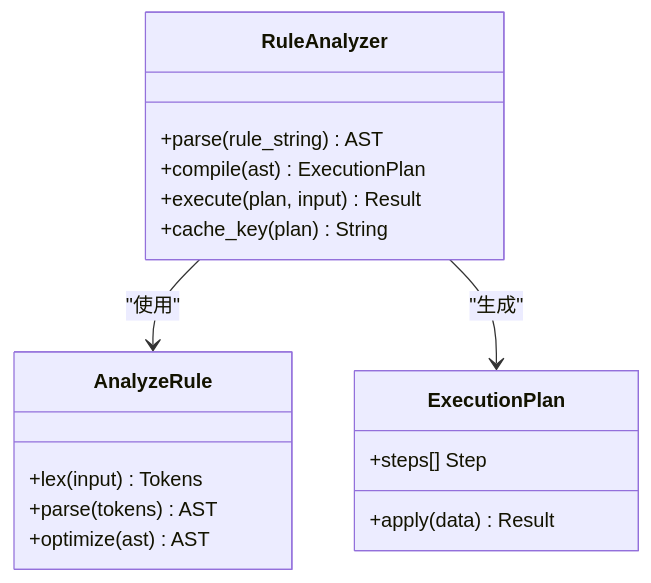
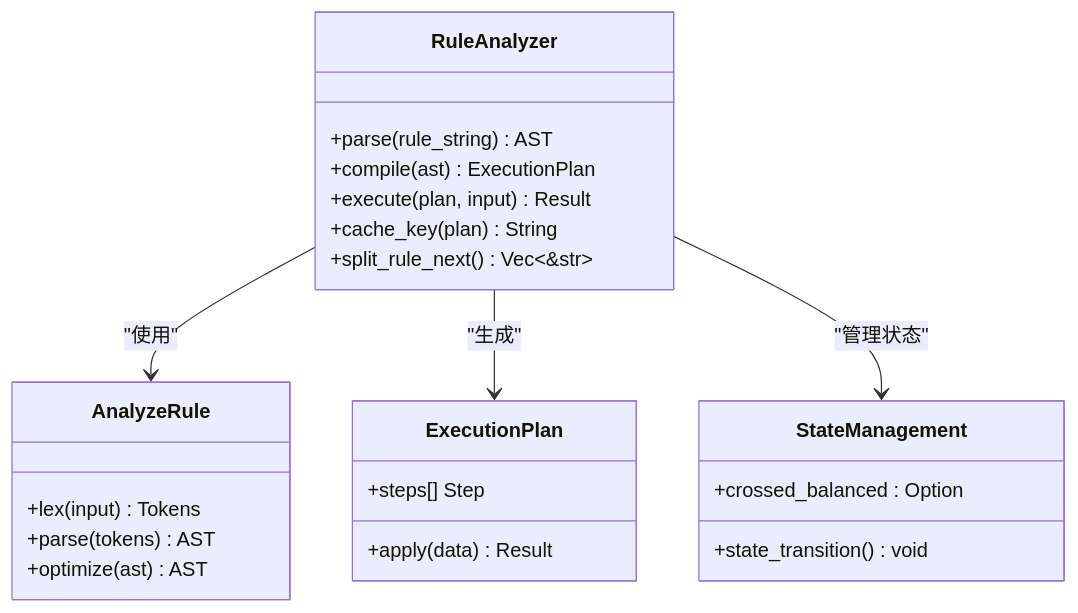
Before and after one commit to ZhangGHGitHub/LegadoTeamFlutter: the third of 8 diagrams in .qoder/repowiki/zh/content/Rust核心库/解析引擎/解析引擎.md, drawn with Mermaid. The commit also changed other lines of this file and 173 other files, not shown here.

````diff
--- a/.qoder/repowiki/zh/content/Rust核心库/解析引擎/解析引擎.md
+++ b/.qoder/repowiki/zh/content/Rust核心库/解析引擎/解析引擎.md
@@ -151,20 +169,26 @@
 ```mermaid
 classDiagram
 class RuleAnalyzer {
 +parse(rule_string) AST
 +compile(ast) ExecutionPlan
 +execute(plan, input) Result
 +cache_key(plan) String
++split_rule_next() Vec<&str>
 }
 class AnalyzeRule {
 +lex(input) Tokens
 +parse(tokens) AST
 +optimize(ast) AST
 }
 class ExecutionPlan {
 +steps[] Step
 +apply(data) Result
 }
+class StateManagement {
++crossed_balanced : Option<bool>
++state_transition() void
+}
 RuleAnalyzer --> AnalyzeRule : "使用"
 RuleAnalyzer --> ExecutionPlan : "生成"
+RuleAnalyzer --> StateManagement : "管理状态"
 ```
````
